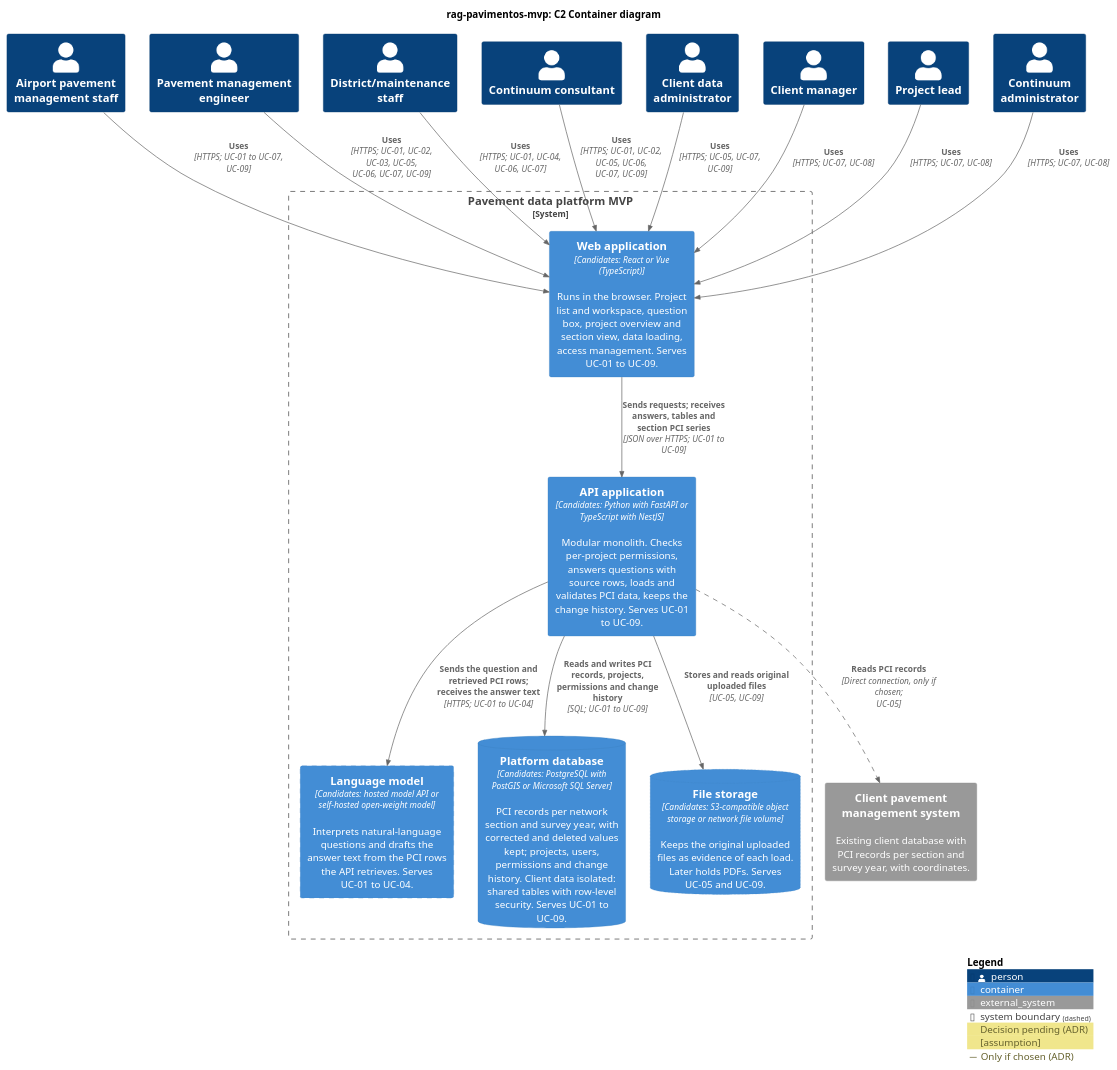
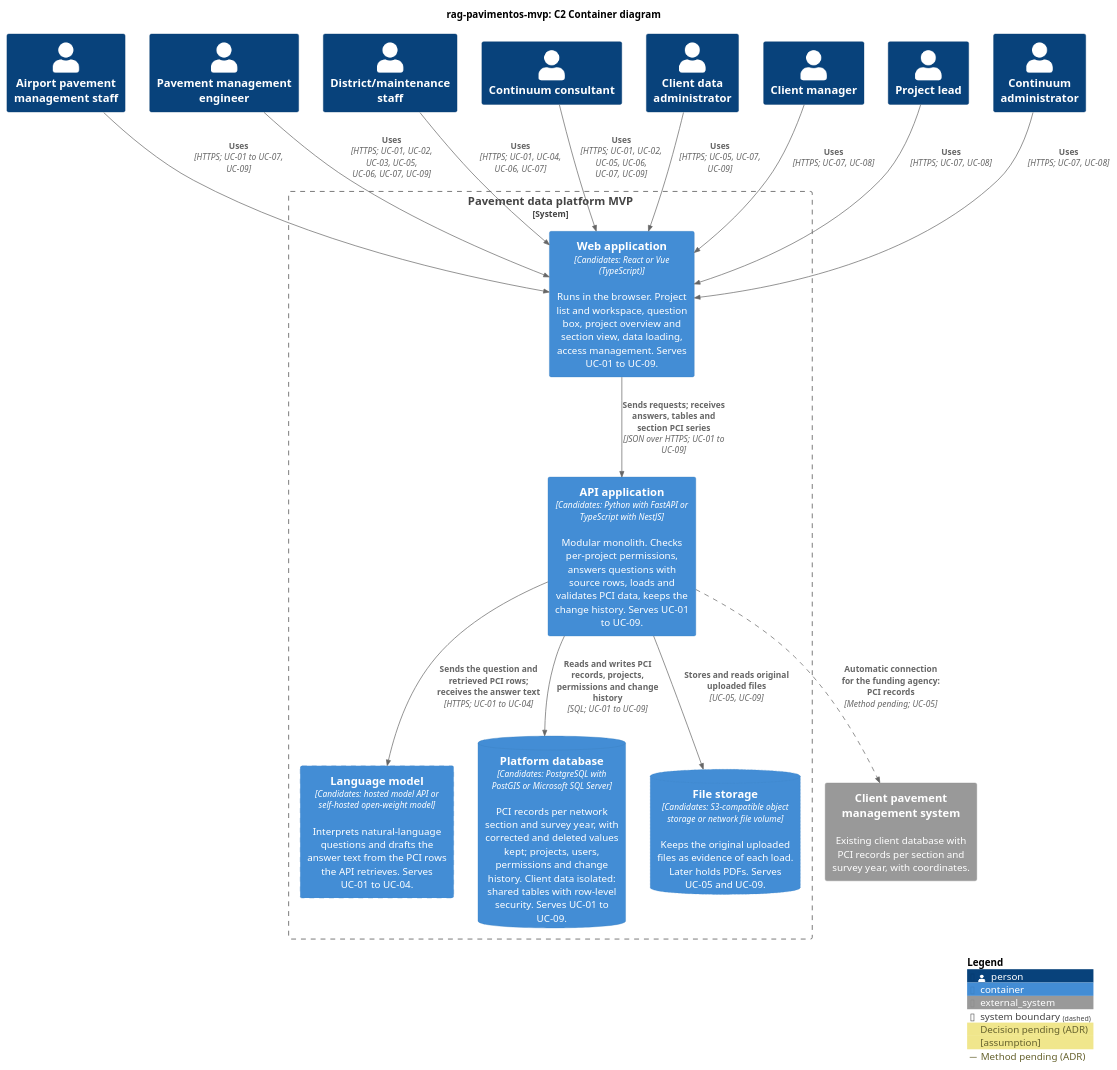
One commit to SAndrade2209/rag-pavimentos-mvp changed the diagram in docs/architecture/c4/c2-containers.puml. Above: the diagram before and after it, drawn with PlantUML. The commit also changed 4 other files, not shown here.

First line of the commit message:
Accept ADR: load PCI data by upload and by an automatic connection

```diff
--- a/docs/architecture/c4/c2-containers.puml
+++ b/docs/architecture/c4/c2-containers.puml
@@ -1,65 +1,66 @@
 @startuml c2-containers
 !include https://raw.githubusercontent.com/plantuml-stdlib/C4-PlantUML/master/C4_Container.puml
 
 title rag-pavimentos-mvp: C2 Container diagram
 
 ' Proposal. Candidate technologies are listed, not chosen. Each choice goes in an ADR,
 ' after docs/architecture/quality-attributes.md is filled.
 ' Modular monolith (CLAUDE.md): one API application holds the modules
 ' (question answering, PCI data, projects and access, change history). Modules belong in C3.
 ' All candidates run on any cloud provider or on premises (portability, CLAUDE.md).
 
 AddElementTag("pending", $borderStyle=DashedLine(), $legendText="Decision pending (ADR)")
 AddElementTag("assumption", $borderStyle=DottedLine(), $legendText="[assumption]")
-AddRelTag("pending", $lineStyle=DashedLine(), $legendText="Only if chosen (ADR)")
+AddRelTag("pending", $lineStyle=DashedLine(), $legendText="Method pending (ADR)")
 
 ' People from C1, with the use cases each one performs.
 Person(airport_staff, "Airport pavement management staff")
 Person(pm_engineer, "Pavement management engineer")
 Person(district_staff, "District/maintenance staff")
 Person(consultant, "Continuum consultant")
 Person(data_admin, "Client data administrator")
 Person(client_manager, "Client manager")
 Person(project_lead, "Project lead")
 Person(continuum_admin, "Continuum administrator")
 
 ' External system from C1.
-' Export files from this system are uploaded by people through the web application (UC-05).
-' A direct connection is the other option; it is drawn as a pending relationship.
+' CSV and Excel files are uploaded by people through the web application (UC-05).
+' For the funding agency only, the API application also has an automatic connection to this system.
+' Its method, and so the direction of the arrow, is pending (ADR 2026-11-23-load-pci-data-by-upload-and-connection).
 ' Sign-in method not decided (UC-07): an identity provider is not shown until it is.
 System_Ext(pms, "Client pavement management system", "Existing client database with PCI records per section and survey year, with coordinates.")
 
 System_Boundary(platform, "Pavement data platform MVP") {
   Container(web, "Web application", "Candidates: React or Vue (TypeScript)", "Runs in the browser. Project list and workspace, question box, project overview and section view, data loading, access management. Serves UC-01 to UC-09.")
 
   Container(api, "API application", "Candidates: Python with FastAPI or TypeScript with NestJS", "Modular monolith. Checks per-project permissions, answers questions with source rows, loads and validates PCI data, keeps the change history. Serves UC-01 to UC-09.")
 
   ' Hosted or self-hosted is the decision. With a hosted model API, client PCI rows leave
   ' the platform and the model becomes an external system in C1.
   Container(llm, "Language model", "Candidates: hosted model API or self-hosted open-weight model", "Interprets natural-language questions and drafts the answer text from the PCI rows the API retrieves. Serves UC-01 to UC-04.", $tags="pending")
 
   ' Client data isolation: see ADR 2026-11-23-isolate-client-data-with-row-level-security.
   ContainerDb(db, "Platform database", "Candidates: PostgreSQL with PostGIS or Microsoft SQL Server", "PCI records per network section and survey year, with corrected and deleted values kept; projects, users, permissions and change history. Client data isolated: shared tables with row-level security. Serves UC-01 to UC-09.")
 
   ' Not required by phase 1 questions. Justified by the evidence requirement and by PDFs later.
   ' If original files are not kept, this container is removed.
   ContainerDb(files, "File storage", "Candidates: S3-compatible object storage or network file volume", "Keeps the original uploaded files as evidence of each load. Later holds PDFs. Serves UC-05 and UC-09.", $tags="assumption")
 }
 
 Rel(airport_staff, web, "Uses", "HTTPS; UC-01 to UC-07, UC-09")
 Rel(pm_engineer, web, "Uses", "HTTPS; UC-01, UC-02, UC-03, UC-05, UC-06, UC-07, UC-09")
 Rel(district_staff, web, "Uses", "HTTPS; UC-01, UC-04, UC-06, UC-07")
 Rel(consultant, web, "Uses", "HTTPS; UC-01, UC-02, UC-05, UC-06, UC-07, UC-09")
 Rel(data_admin, web, "Uses", "HTTPS; UC-05, UC-07, UC-09")
 Rel(client_manager, web, "Uses", "HTTPS; UC-07, UC-08")
 Rel(project_lead, web, "Uses", "HTTPS; UC-07, UC-08")
 Rel(continuum_admin, web, "Uses", "HTTPS; UC-07, UC-08")
 
 Rel(web, api, "Sends requests; receives answers, tables and section PCI series", "JSON over HTTPS; UC-01 to UC-09")
 Rel(api, llm, "Sends the question and retrieved PCI rows; receives the answer text", "HTTPS; UC-01 to UC-04")
 Rel(api, db, "Reads and writes PCI records, projects, permissions and change history", "SQL; UC-01 to UC-09")
 Rel(api, files, "Stores and reads original uploaded files", "UC-05, UC-09")
-Rel(api, pms, "Reads PCI records", "Direct connection, only if chosen; UC-05", $tags="pending")
+Rel(api, pms, "Automatic connection for the funding agency: PCI records", "Method pending; UC-05", $tags="pending")
 
 SHOW_LEGEND()
 @enduml
```
